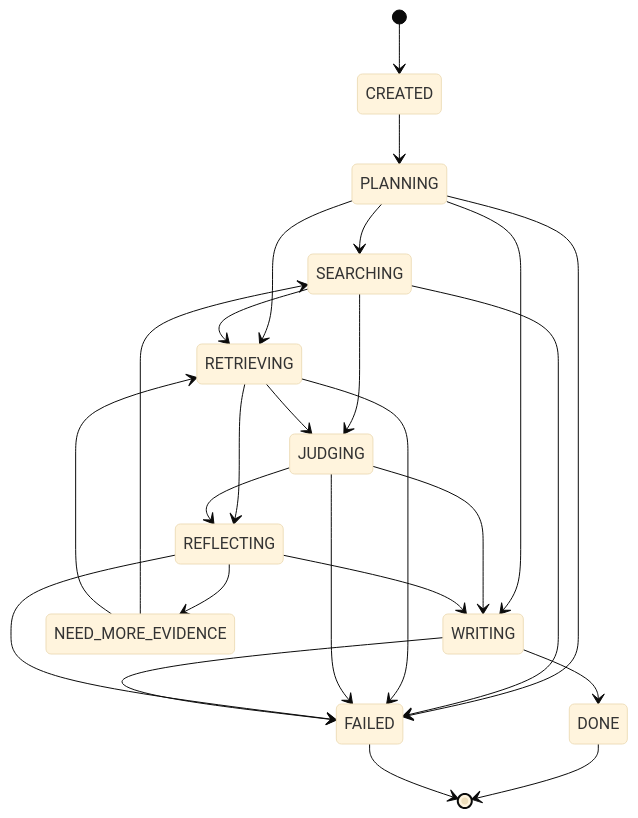
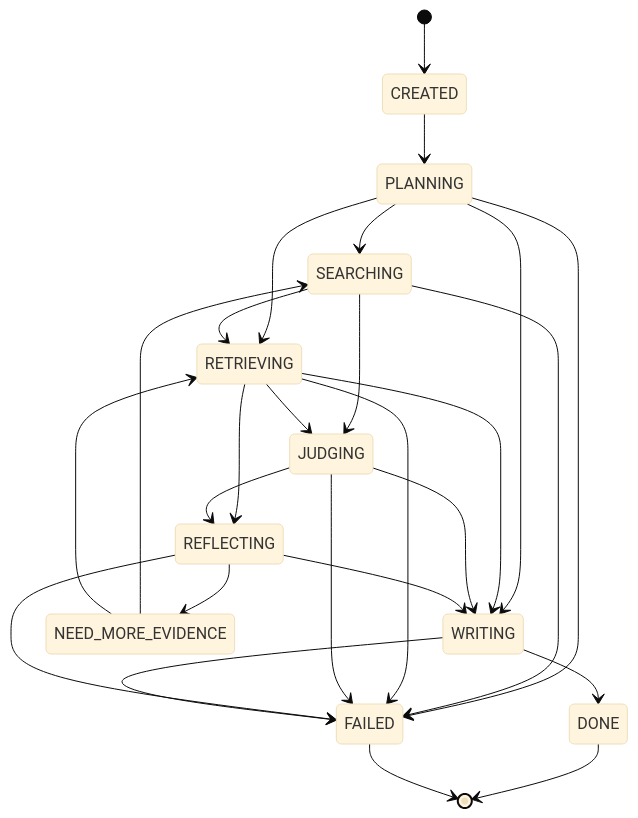
One commit to L1kugg/enterprise-agent-platform changed the diagram in docs/architecture-agent-workflow.md. Above: the diagram before and after it, drawn with Mermaid (base theme). The commit also changed other lines of this file and 33 other files, not shown here.

````diff
--- a/docs/architecture-agent-workflow.md
+++ b/docs/architecture-agent-workflow.md
@@ -7,27 +7,28 @@
 ```mermaid
 stateDiagram-v2
     [*] --> CREATED
     CREATED --> PLANNING
     PLANNING --> SEARCHING
     PLANNING --> RETRIEVING
     PLANNING --> WRITING
     PLANNING --> FAILED
     SEARCHING --> RETRIEVING
     SEARCHING --> JUDGING
     SEARCHING --> FAILED
+    RETRIEVING --> WRITING
     RETRIEVING --> JUDGING
     RETRIEVING --> REFLECTING
     RETRIEVING --> FAILED
     JUDGING --> REFLECTING
     JUDGING --> WRITING
     JUDGING --> FAILED
     REFLECTING --> WRITING
     REFLECTING --> NEED_MORE_EVIDENCE
     REFLECTING --> FAILED
     NEED_MORE_EVIDENCE --> SEARCHING
     NEED_MORE_EVIDENCE --> RETRIEVING
     WRITING --> DONE
     WRITING --> FAILED
     DONE --> [*]
     FAILED --> [*]
 ```
````
